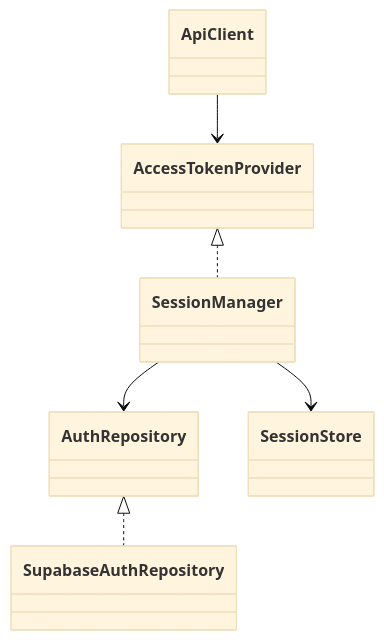
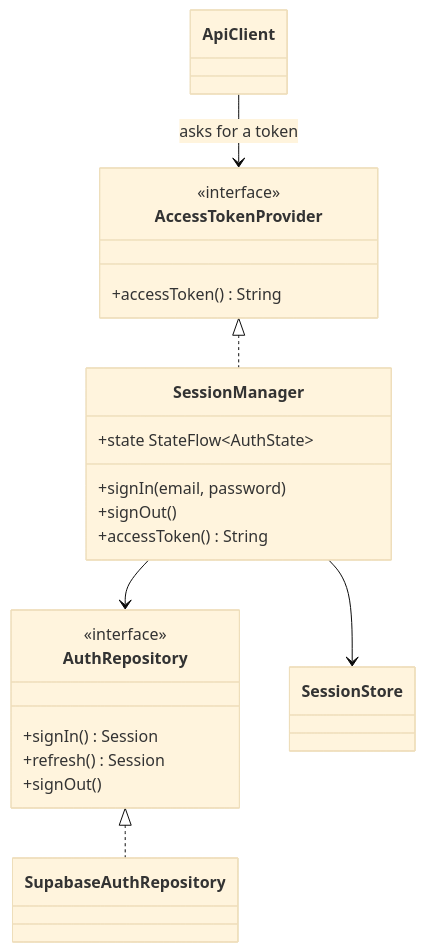
Diagram 14 of 15 in docs/sprint2-sustentacion.md (cmolina12/UniEat-Android), drawn with Mermaid (base theme) before and after one commit. The commit also changed other lines of this file, not shown here.

````diff
--- a/docs/sprint2-sustentacion.md
+++ b/docs/sprint2-sustentacion.md
@@ -312,8 +432,24 @@
 ```mermaid
 classDiagram
+    class AccessTokenProvider {
+        <<interface>>
+        +accessToken() String
+    }
+    class SessionManager {
+        +state StateFlow~AuthState~
+        +signIn(email, password)
+        +signOut()
+        +accessToken() String
+    }
+    class AuthRepository {
+        <<interface>>
+        +signIn() Session
+        +refresh() Session
+        +signOut()
+    }
     AccessTokenProvider <|.. SessionManager
-    ApiClient --> AccessTokenProvider
+    ApiClient --> AccessTokenProvider : asks for a token
     SessionManager --> AuthRepository
     SessionManager --> SessionStore
     AuthRepository <|.. SupabaseAuthRepository
 ```
````
